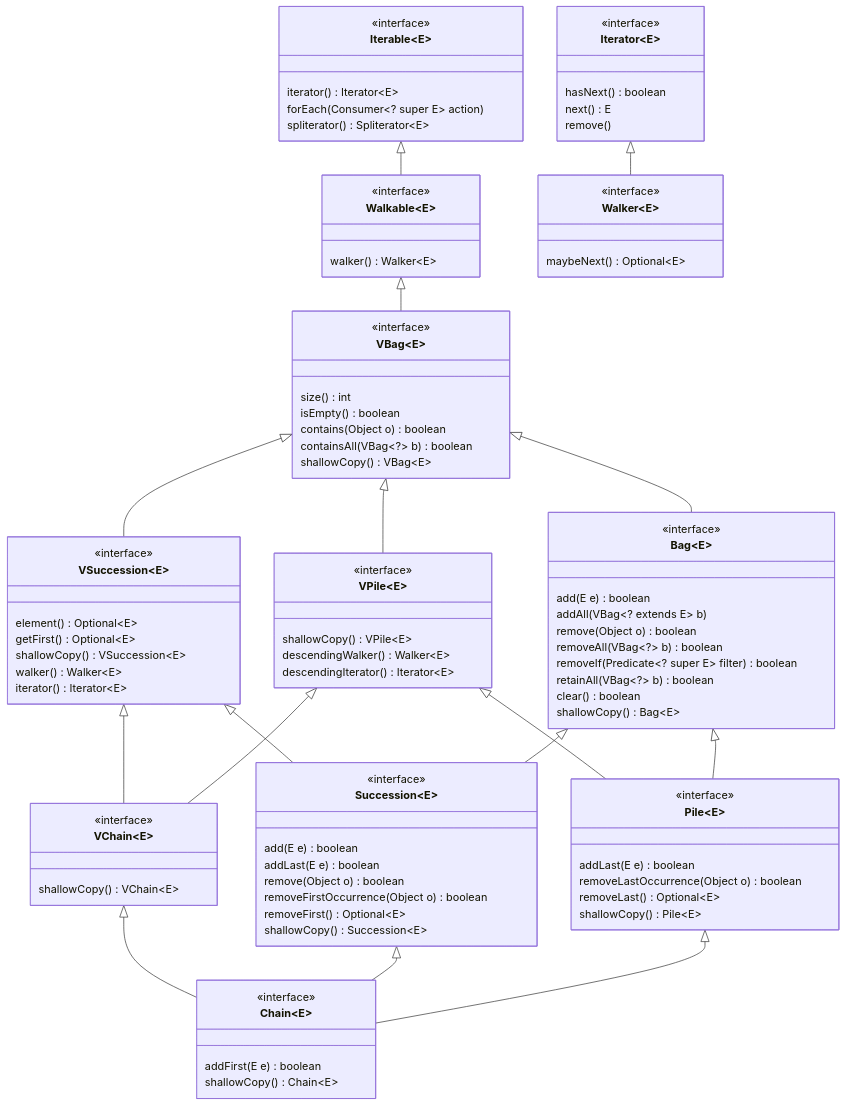
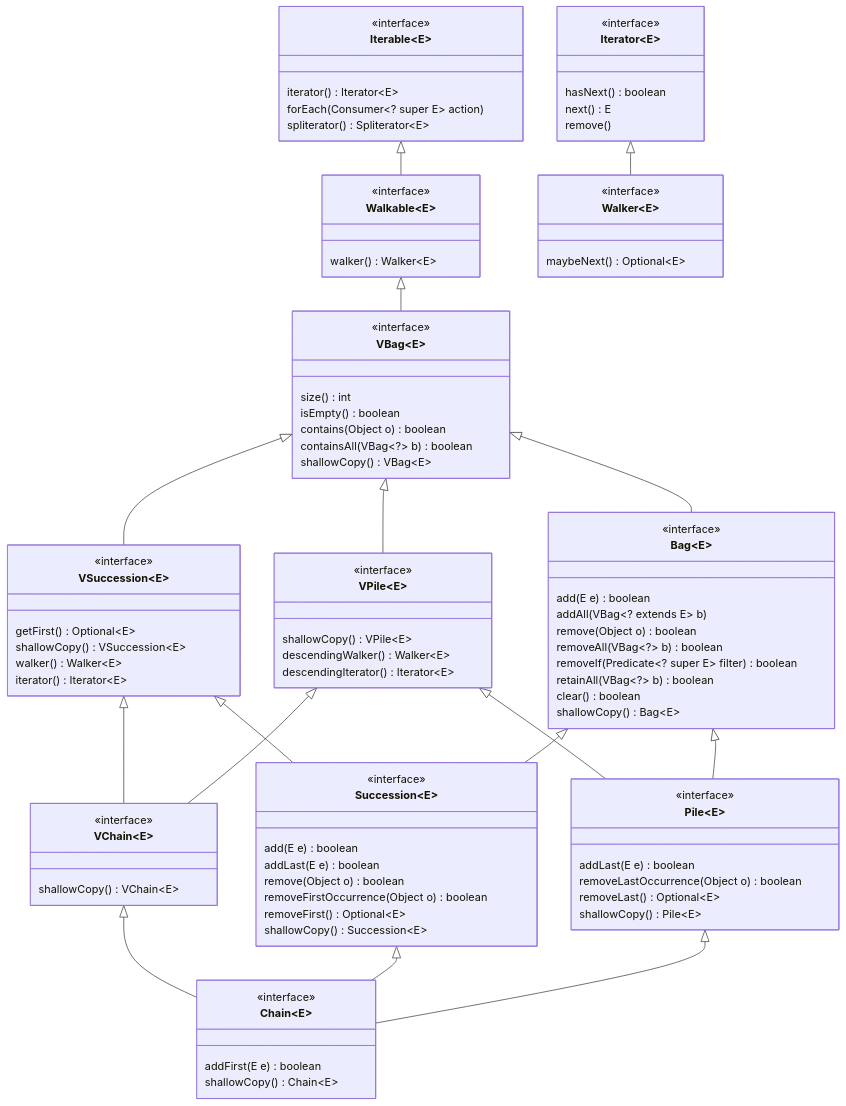
Before and after one commit to JacksonBailey/wheel: the diagram in collections/diagram.md, drawn with Mermaid. The commit also changed 7 other files, not shown here.

```diff
--- a/collections/diagram.md
+++ b/collections/diagram.md
@@ -55,7 +55,6 @@
 
 class VSuccession~E~ {
 <<interface>>
-element() Optional~E~
 getFirst() Optional~E~
 shallowCopy() VSuccession~E~
 walker() Walker~E~
```
